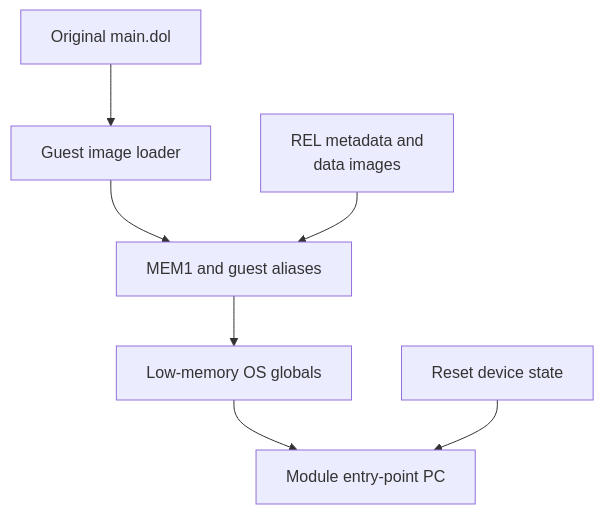
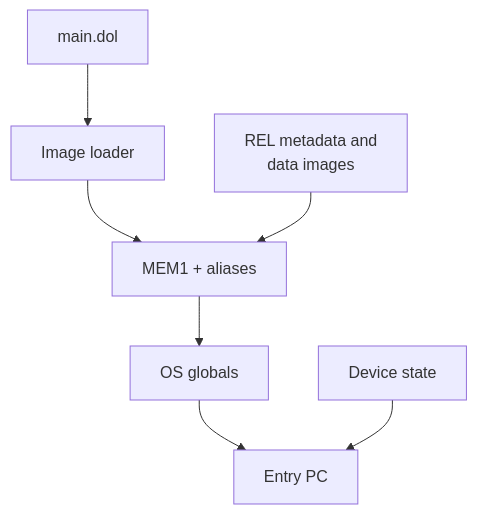
One commit to Aelbannan/boat_of_daphnes changed the diagram in docs/architecture/runtime/GuestState.md. Above: the diagram before and after it, drawn with Mermaid. The commit also changed 6 other files, not shown here.

Commit message:
docs: prevent runtime diagram truncation

````diff
--- a/docs/architecture/runtime/GuestState.md
+++ b/docs/architecture/runtime/GuestState.md
@@ -32,15 +32,15 @@
 ```mermaid
 flowchart TD
-    DOL["Original main.dol"]
+    DOL["main.dol"]
     REL["REL metadata and<br/>data images"]
-    Loader["Guest image loader"]
-    Memory["MEM1 and guest aliases"]
-    OS["Low-memory OS globals"]
-    Devices["Reset device state"]
-    PC["Module entry-point PC"]
+    Loader["Image loader"]
+    Memory["MEM1 + aliases"]
+    OS["OS globals"]
+    Devices["Device state"]
+    PC["Entry PC"]
 
     DOL --> Loader --> Memory
     REL --> Memory
     Memory --> OS --> PC
     Devices --> PC
 ```
````
